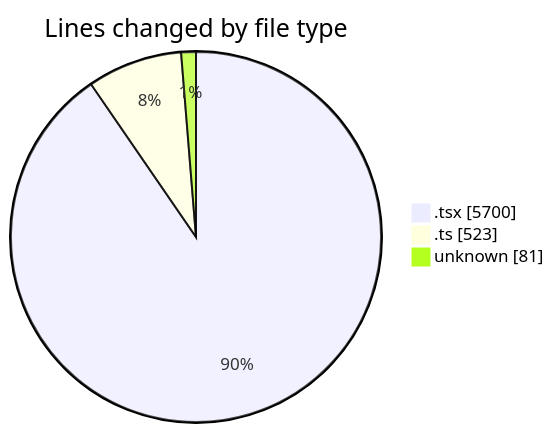
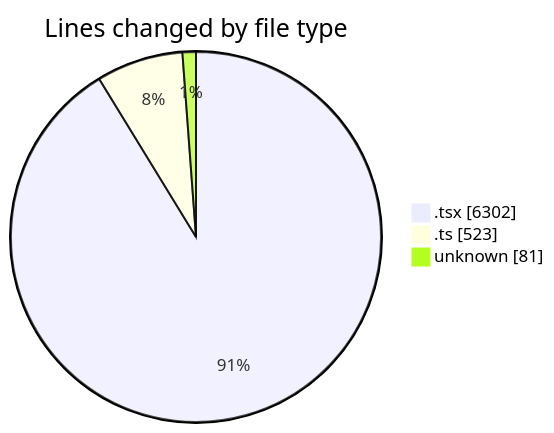
The first of 2 diagrams in 2026-04-05/nxtqube_webapp/README.md (nxtqubesakshisongat/code-tracking), drawn with Mermaid before and after one commit. The commit also changed other lines of this file and 1 other file, not shown here.

````diff
--- a/2026-04-05/nxtqube_webapp/README.md
+++ b/2026-04-05/nxtqube_webapp/README.md
@@ -25,7 +26,7 @@
 ```mermaid
 pie showData
 title Lines changed by file type
-".tsx" : 5700
+".tsx" : 6302
 ".ts" : 523
 "unknown" : 81
 ```
````
